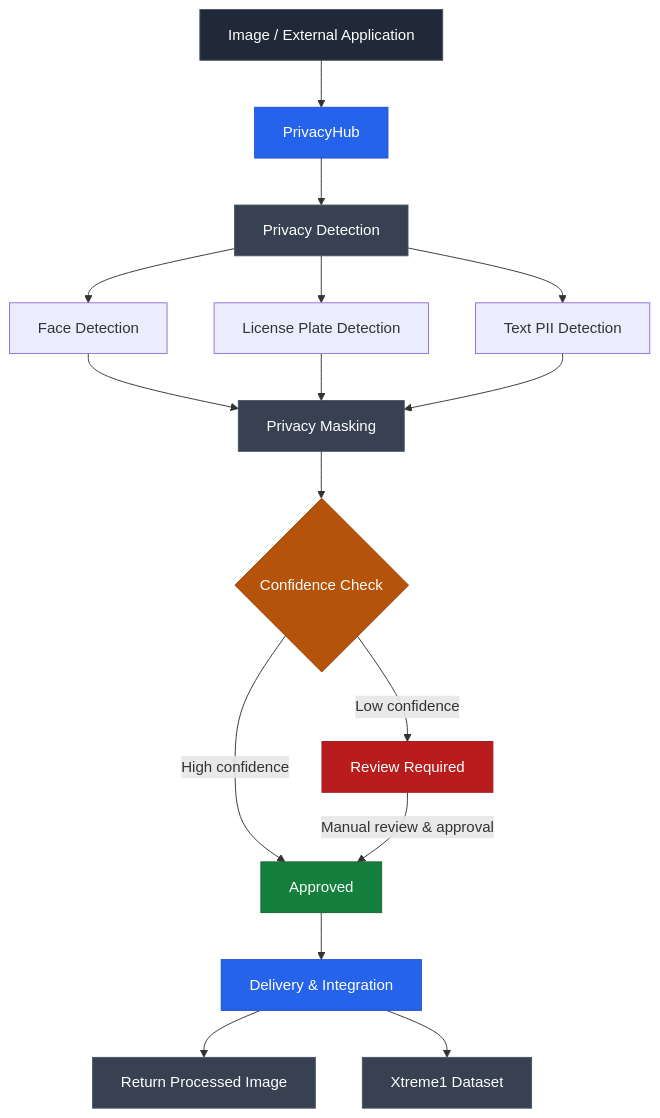
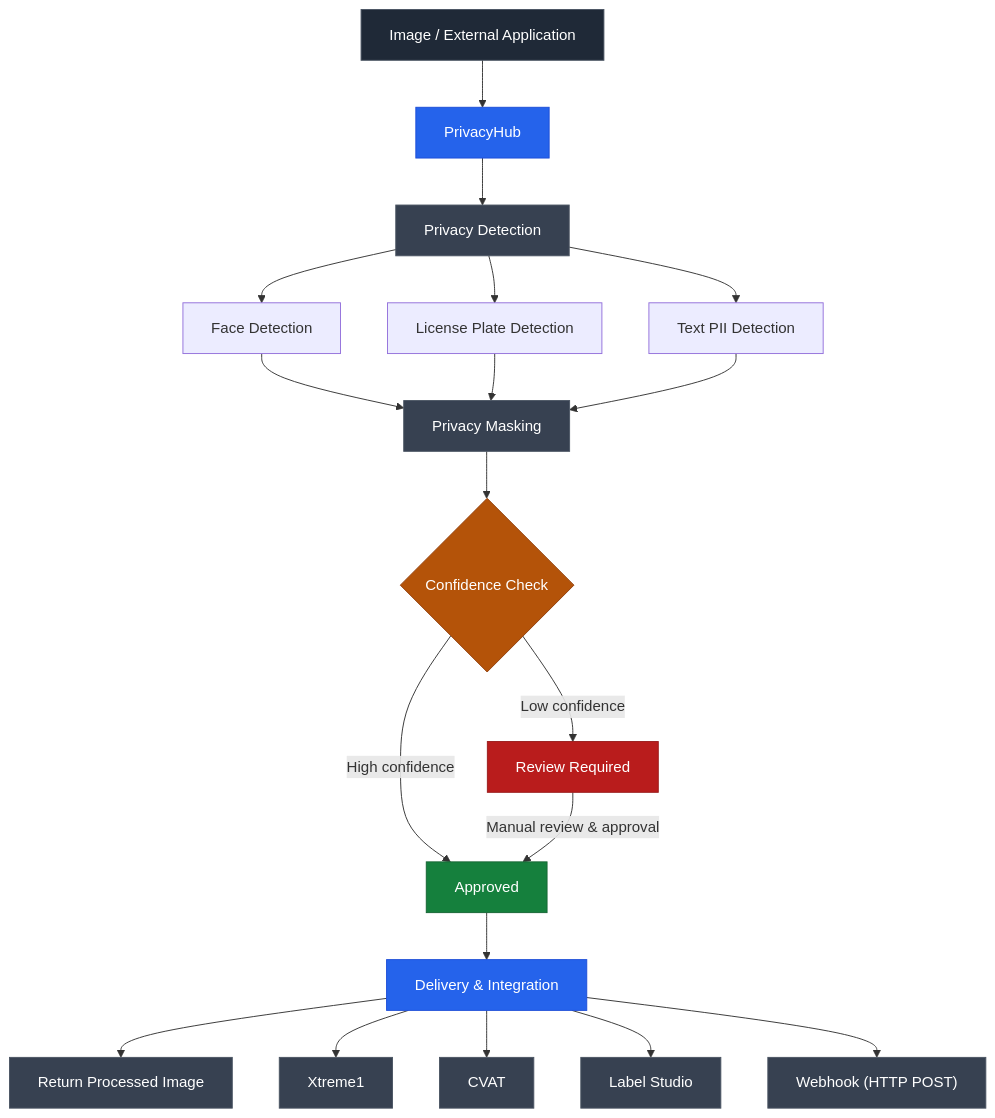
The first of 2 diagrams in README.md (snehaja05d/privacy-preserving-annotation), drawn with Mermaid before and after one commit. The commit also changed other lines of this file, not shown here.

````diff
--- a/README.md
+++ b/README.md
@@ -27,29 +30,35 @@
 ```mermaid
 flowchart TD
     A["Image / External Application"] --> B["PrivacyHub"]
     B --> C["Privacy Detection"]
     C --> D["Face Detection"]
     C --> E["License Plate Detection"]
     C --> F["Text PII Detection"]
     D --> G["Privacy Masking"]
     E --> G
     F --> G
     G --> H{"Confidence Check"}
     H -->|High confidence| I["Approved"]
     H -->|Low confidence| J["Review Required"]
     J -->|Manual review & approval| I
     I --> K["Delivery & Integration"]
     K --> L["Return Processed Image"]
-    K --> M["Xtreme1 Dataset"]
+    K --> M["Xtreme1"]
+    K --> N["CVAT"]
+    K --> O["Label Studio"]
+    K --> P["Webhook (HTTP POST)"]
 
     style A fill:#1f2937,stroke:#4b5563,color:#fff
     style B fill:#2563eb,stroke:#1d4ed8,color:#fff
     style C fill:#374151,stroke:#4b5563,color:#fff
     style G fill:#374151,stroke:#4b5563,color:#fff
     style H fill:#b45309,stroke:#92400e,color:#fff
     style I fill:#15803d,stroke:#166534,color:#fff
     style J fill:#b91c1c,stroke:#991b1b,color:#fff
     style K fill:#2563eb,stroke:#1d4ed8,color:#fff
     style L fill:#374151,stroke:#4b5563,color:#fff
     style M fill:#374151,stroke:#4b5563,color:#fff
+    style N fill:#374151,stroke:#4b5563,color:#fff
+    style O fill:#374151,stroke:#4b5563,color:#fff
+    style P fill:#374151,stroke:#4b5563,color:#fff
 ```
````
